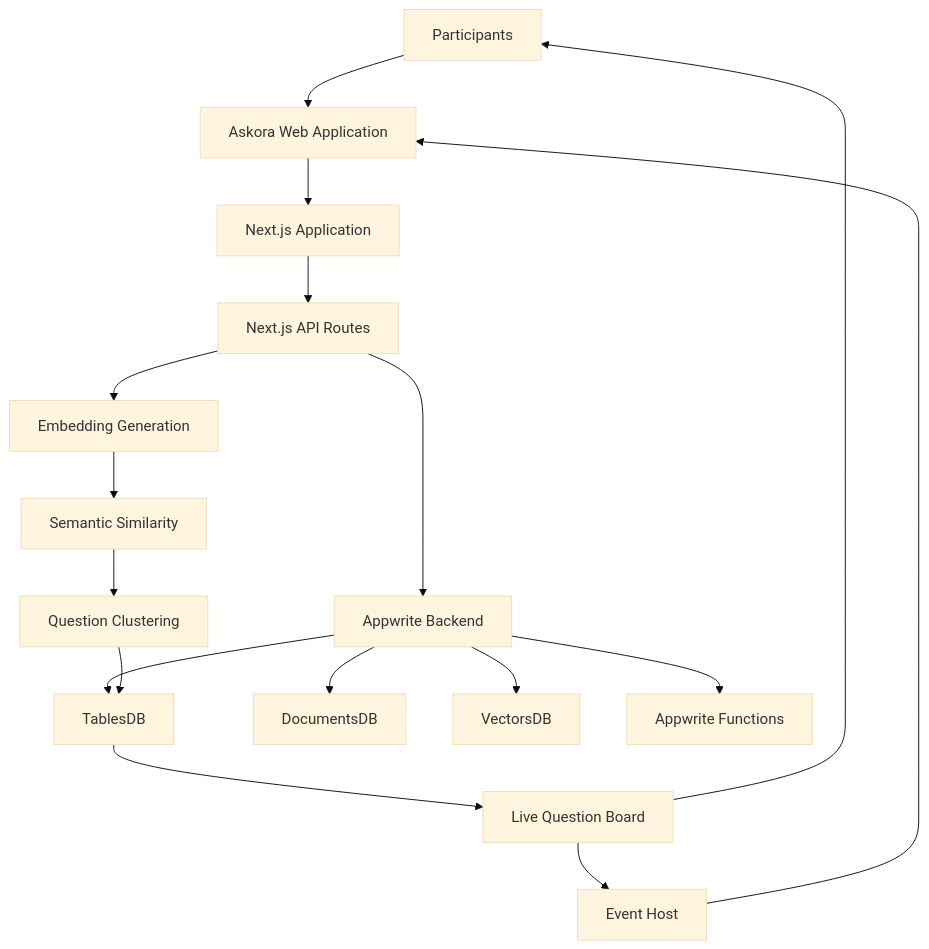
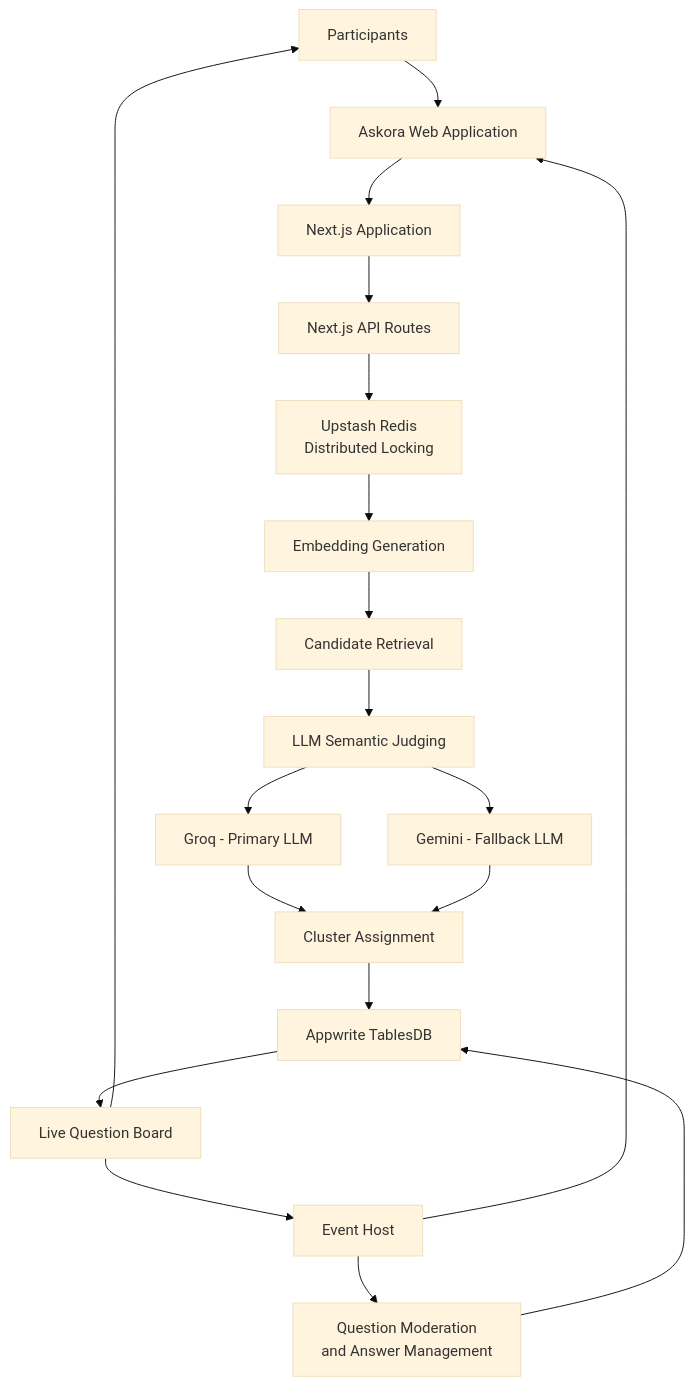
The diagram in README.md (gahanad/Askora), drawn with Mermaid (base theme) before and after one commit.

Commit message:
Revise architecture overview in README.md
Updated architecture diagram to include Upstash Redis and new components for embedding generation and candidate retrieval.

````diff
--- a/README.md
+++ b/README.md
@@ -70,27 +70,29 @@
 ```mermaid
 flowchart TD
     P[Participants] --> UI[Askora Web Application]
     H[Event Host] --> UI
 
     UI --> N[Next.js Application]
-
     N --> API[Next.js API Routes]
 
-    API --> A[Appwrite Backend]
+    API --> RL[Upstash Redis<br/>Distributed Locking]
 
-    A --> T[TablesDB]
-    A --> D[DocumentsDB]
-    A --> V[VectorsDB]
-    A --> F[Appwrite Functions]
+    RL --> EP[Embedding Generation]
+    EP --> CR[Candidate Retrieval]
+    CR --> LJ[LLM Semantic Judging]
 
-    API --> E[Embedding Generation]
+    LJ --> G[Groq - Primary LLM]
+    LJ --> GM[Gemini - Fallback LLM]
 
-    E --> S[Semantic Similarity]
-    S --> C[Question Clustering]
+    G --> CA[Cluster Assignment]
+    GM --> CA
 
-    C --> T
-    T --> B[Live Question Board]
+    CA --> DB[Appwrite TablesDB]
 
-    B --> H
-    B --> P
+    DB --> LB[Live Question Board]
+    LB --> P
+    LB --> H
+
+    H --> MOD[Question Moderation<br/>and Answer Management]
+    MOD --> DB
 ```
````
